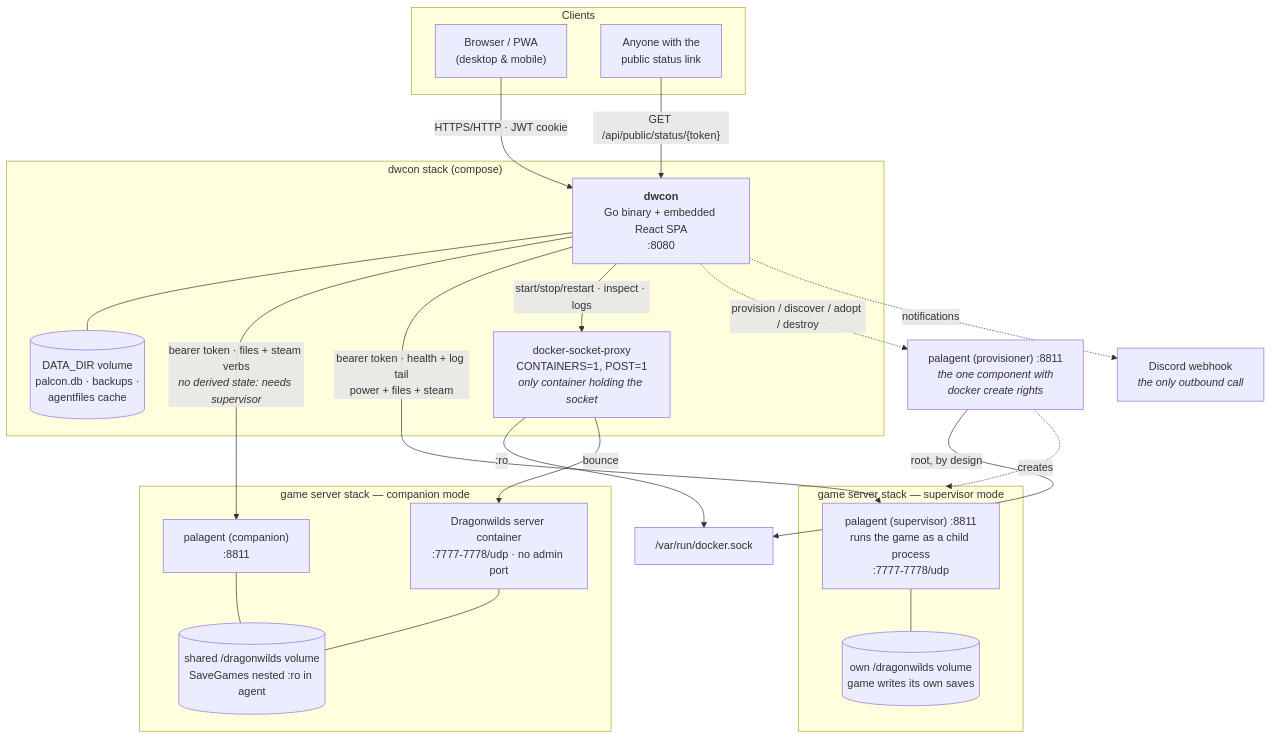
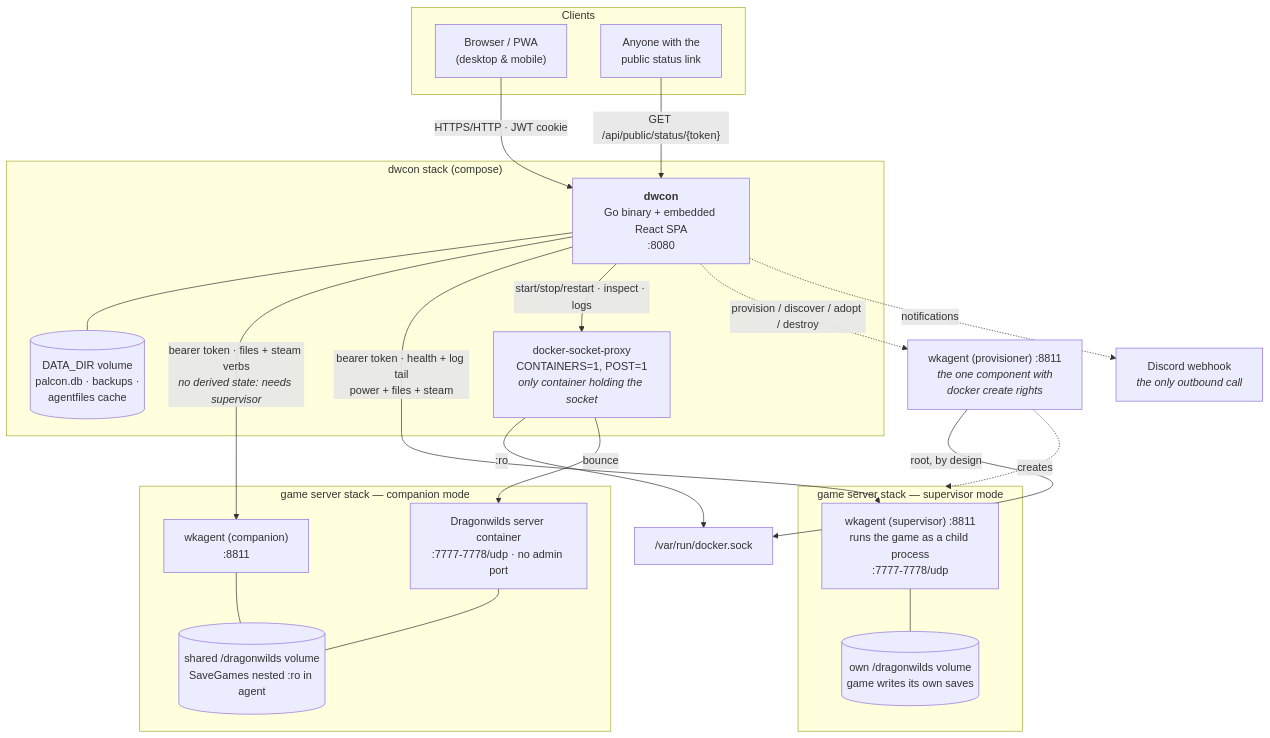
The first of 5 diagrams in docs/architecture.md (safwyls/artificer), drawn with Mermaid before and after one commit. The commit also changed other lines of this file and 77 other files, not shown here.

````diff
--- a/docs/architecture.md
+++ b/docs/architecture.md
@@ -69,44 +69,44 @@
 ```mermaid
 flowchart TB
     subgraph clients["Clients"]
         browser["Browser / PWA<br/>(desktop & mobile)"]
         pub["Anyone with the<br/>public status link"]
     end
 
     subgraph dwconStack["dwcon stack (compose)"]
         dwcon["<b>dwcon</b><br/>Go binary + embedded React SPA<br/>:8080"]
         proxy["docker-socket-proxy<br/>CONTAINERS=1, POST=1<br/><i>only container holding the socket</i>"]
         data[("DATA_DIR volume<br/>palcon.db · backups ·<br/>agentfiles cache")]
         dwcon --- data
     end
 
     subgraph gameStack1["game server stack — companion mode"]
         game1["Dragonwilds server container<br/>:7777-7778/udp · no admin port"]
-        agent1["palagent (companion)<br/>:8811"]
+        agent1["wkagent (companion)<br/>:8811"]
         vol1[("shared /dragonwilds volume<br/>SaveGames nested :ro in agent")]
         game1 --- vol1
         agent1 --- vol1
     end
 
     subgraph gameStack2["game server stack — supervisor mode"]
-        agent2["palagent (supervisor) :8811<br/>runs the game as a child process<br/>:7777-7778/udp"]
+        agent2["wkagent (supervisor) :8811<br/>runs the game as a child process<br/>:7777-7778/udp"]
         vol2[("own /dragonwilds volume<br/>game writes its own saves")]
         agent2 --- vol2
     end
 
-    prov["palagent (provisioner) :8811<br/><i>the one component with<br/>docker create rights</i>"]
+    prov["wkagent (provisioner) :8811<br/><i>the one component with<br/>docker create rights</i>"]
     sock["/var/run/docker.sock"]
     discord["Discord webhook<br/><i>the only outbound call</i>"]
 
     browser -->|"HTTPS/HTTP · JWT cookie"| dwcon
     pub -->|"GET /api/public/status/{token}"| dwcon
     dwcon -->|"bearer token · files + steam verbs<br/><i>no derived state: needs supervisor</i>"| agent1
     dwcon -->|"bearer token · health + log tail<br/>power + files + steam"| agent2
     dwcon -->|"start/stop/restart · inspect · logs"| proxy
     dwcon -.->|"provision / discover / adopt / destroy"| prov
     dwcon -.->|notifications| discord
     proxy -->|":ro"| sock
     prov -->|"root, by design"| sock
     proxy -->|"bounce"| game1
     prov -.->|"creates"| gameStack2
 ```
````
